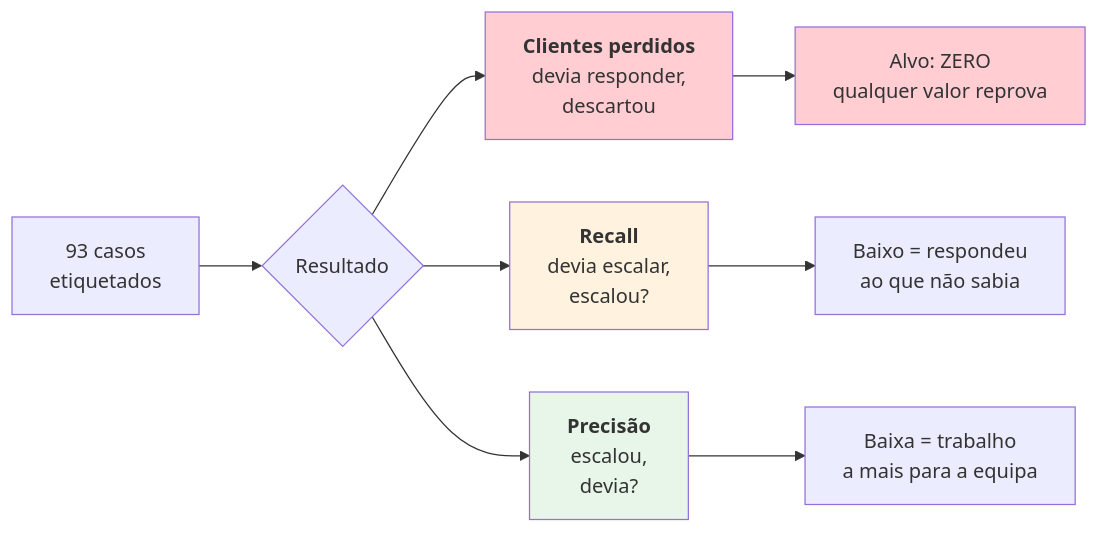
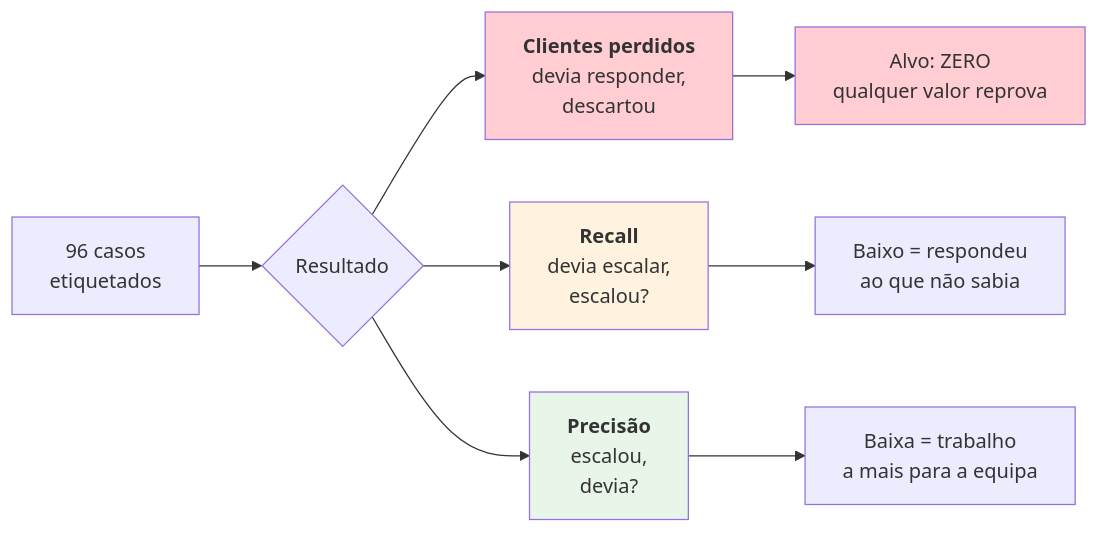
The diagram in docs/01-overview/problem-and-solution.md (joaocarvalhini/Outlook-Reply-Assistant), drawn with Mermaid before and after one commit. The commit also changed 10 other files, not shown here.

````diff
--- a/docs/01-overview/problem-and-solution.md
+++ b/docs/01-overview/problem-and-solution.md
@@ -70,16 +70,16 @@
 ```mermaid
 flowchart LR
-    A["93 casos<br/>etiquetados"] --> B{"Resultado"}
+    A["96 casos<br/>etiquetados"] --> B{"Resultado"}
     B --> C["<b>Clientes perdidos</b><br/>devia responder,<br/>descartou"]
     B --> D["<b>Recall</b><br/>devia escalar,<br/>escalou?"]
     B --> E["<b>Precisão</b><br/>escalou,<br/>devia?"]
 
     C --> F["Alvo: ZERO<br/>qualquer valor reprova"]
     D --> G["Baixo = respondeu<br/>ao que não sabia"]
     E --> H["Baixa = trabalho<br/>a mais para a equipa"]
 
     style C fill:#ffcdd2
     style F fill:#ffcdd2
     style D fill:#fff3e0
     style E fill:#e8f5e9
 ```
````
